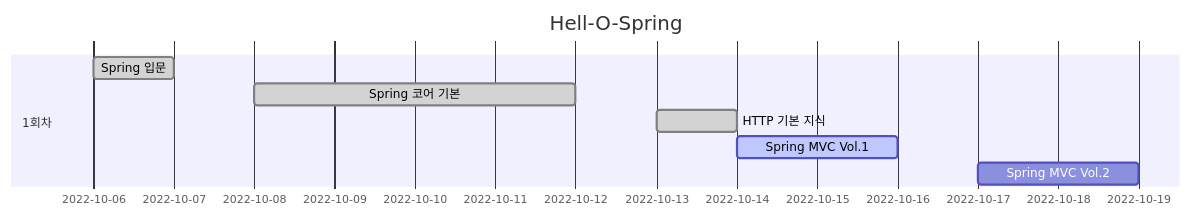
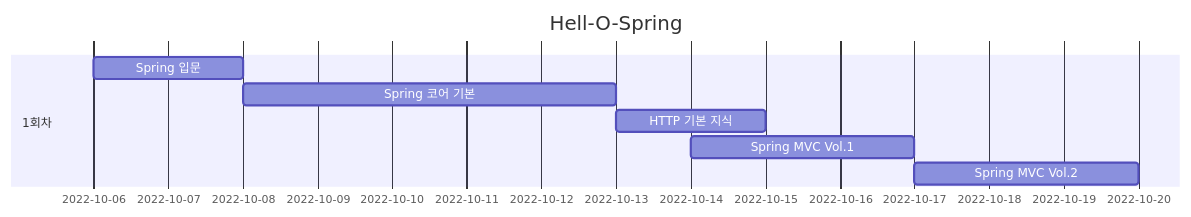
The diagram in ReadMe.md (darkblose/spring-study), drawn with Mermaid before and after one commit.

Commit message:
style : ReadMe

````diff
--- a/ReadMe.md
+++ b/ReadMe.md
@@ -3,12 +3,13 @@
 ```mermaid
 gantt
 dateFormat YYYY-MM-DD
 title Hell-O-Spring
 
     section 1회차
-    Spring 입문          :done,      :chap1, 2022-10-06, 2022-10-07
-    Spring 코어 기본      :done,      :chap2, 2022-10-08, 2022-10-12
-    HTTP 기본 지식        :done,      :chap3, 2022-10-13, 2022-10-14
-    Spring MVC Vol.1    :active,    :chap4, 2022-10-14, 2022-10-16
-    Spring MVC Vol.2    :           :chap5, 2022-10-17, 2022-10-19
+    Spring 입문       :chap1, 2022-10-06, 2d
+    Spring 코어 기본   :chap2, 2022-10-08, 5d
+    HTTP 기본 지식     :chap3, 2022-10-13, 2d
+    Spring MVC Vol.1  :chap4, 2022-10-14, 3d
+    Spring MVC Vol.2  :chap5, 2022-10-17, 3d
+    
 ```
````
